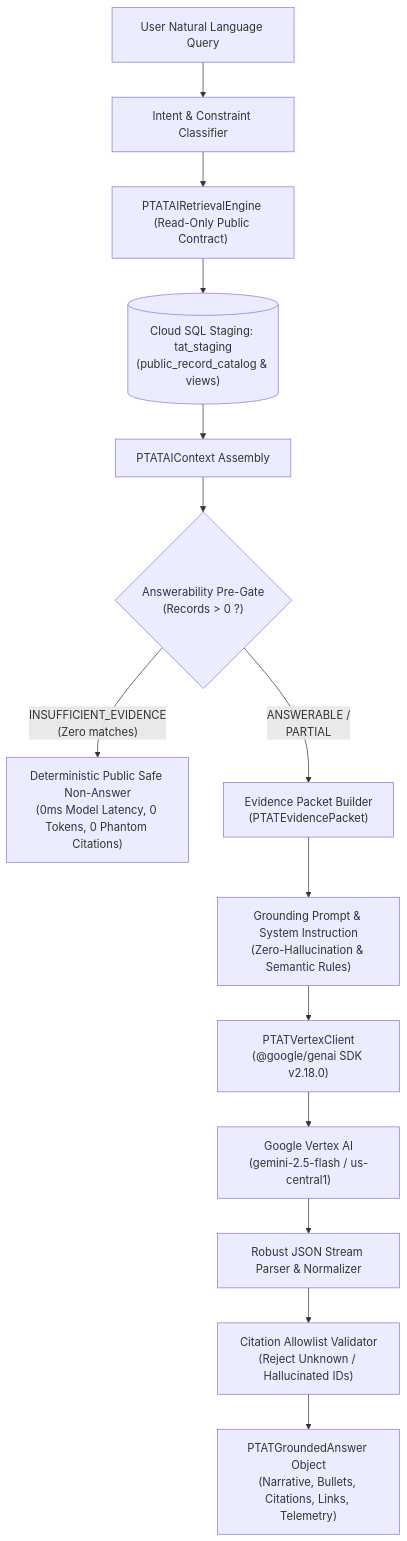
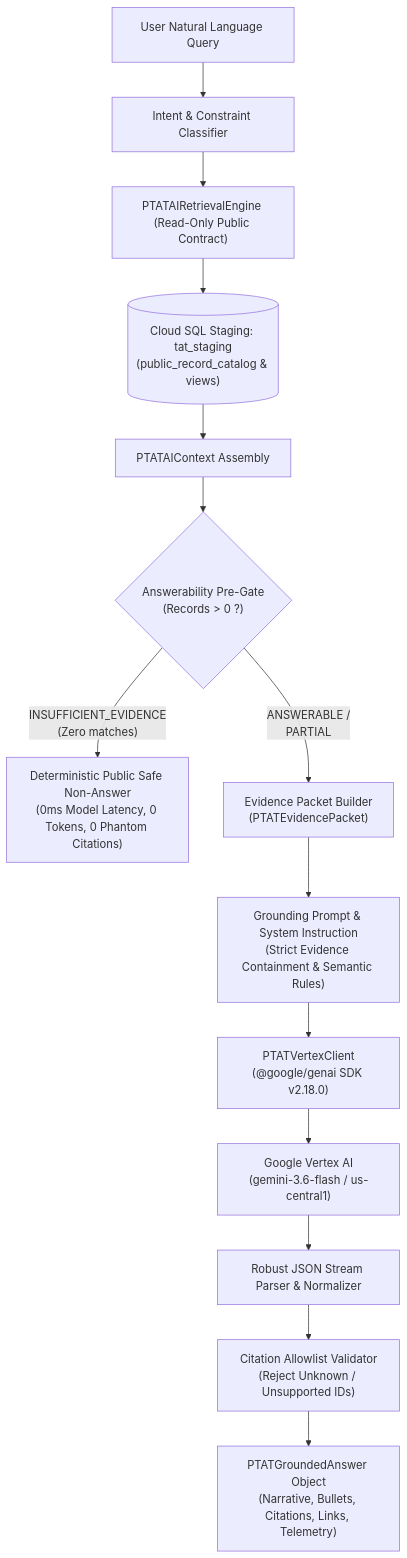
The diagram in docs/ai/PTAT_VERTEX_AI_ARCHITECTURE.md (realisttechsolutions/TINUBU-ACHIEVEMENT-TRACKER), drawn with Mermaid before and after one commit. The commit also changed other lines of this file and 8 other files, not shown here.

````diff
--- a/docs/ai/PTAT_VERTEX_AI_ARCHITECTURE.md
+++ b/docs/ai/PTAT_VERTEX_AI_ARCHITECTURE.md
@@ -15,19 +15,19 @@
 ```mermaid
 flowchart TD
     UserQuery["User Natural Language Query"] --> IntentClass["Intent & Constraint Classifier"]
     IntentClass --> RetrievalEngine["PTATAIRetrievalEngine (Read-Only Public Contract)"]
     RetrievalEngine --> StagingDB[("Cloud SQL Staging: tat_staging\n(public_record_catalog & views)")]
     StagingDB --> ContextAssembly["PTATAIContext Assembly"]
     ContextAssembly --> PreGate{"Answerability Pre-Gate\n(Records > 0 ?)"}
     
     PreGate -- "INSUFFICIENT_EVIDENCE\n(Zero matches)" --> DirectRefusal["Deterministic Public Safe Non-Answer\n(0ms Model Latency, 0 Tokens, 0 Phantom Citations)"]
     PreGate -- "ANSWERABLE /\nPARTIAL" --> PacketBuilder["Evidence Packet Builder\n(PTATEvidencePacket)"]
     
-    PacketBuilder --> PromptAssembly["Grounding Prompt & System Instruction\n(Zero-Hallucination & Semantic Rules)"]
+    PacketBuilder --> PromptAssembly["Grounding Prompt & System Instruction\n(Strict Evidence Containment & Semantic Rules)"]
     PromptAssembly --> VertexClient["PTATVertexClient\n(@google/genai SDK v2.18.0)"]
-    VertexClient --> VertexEndpoint["Google Vertex AI\n(gemini-2.5-flash / us-central1)"]
+    VertexClient --> VertexEndpoint["Google Vertex AI\n(gemini-3.6-flash / us-central1)"]
     
     VertexEndpoint --> OutputParser["Robust JSON Stream Parser & Normalizer"]
-    OutputParser --> CitationValidator["Citation Allowlist Validator\n(Reject Unknown / Hallucinated IDs)"]
+    OutputParser --> CitationValidator["Citation Allowlist Validator\n(Reject Unknown / Unsupported IDs)"]
     CitationValidator --> FinalContract["PTATGroundedAnswer Object\n(Narrative, Bullets, Citations, Links, Telemetry)"]
 ```
````
